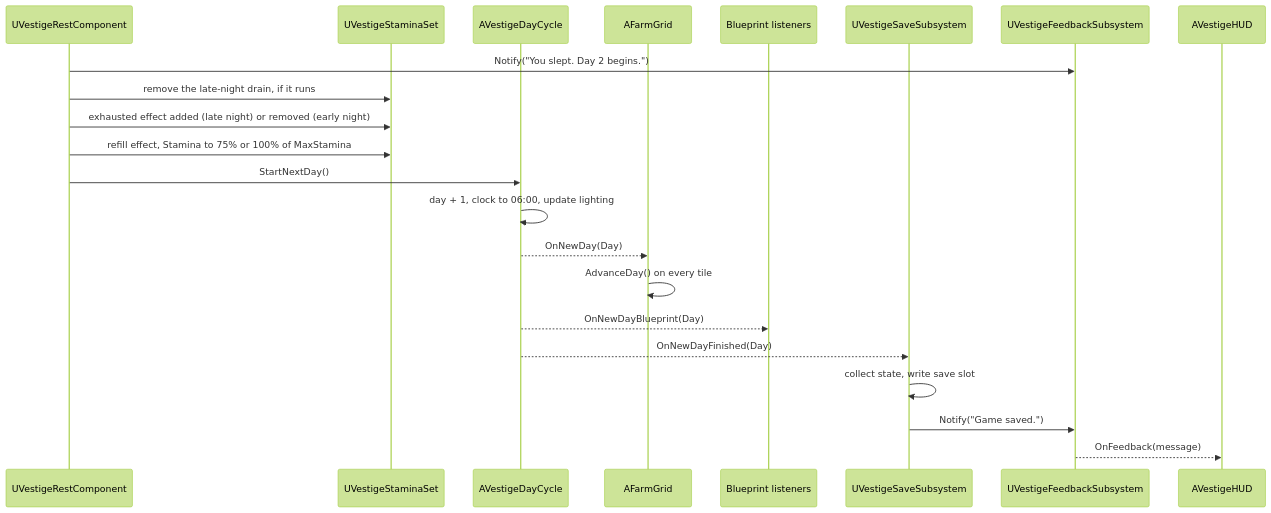
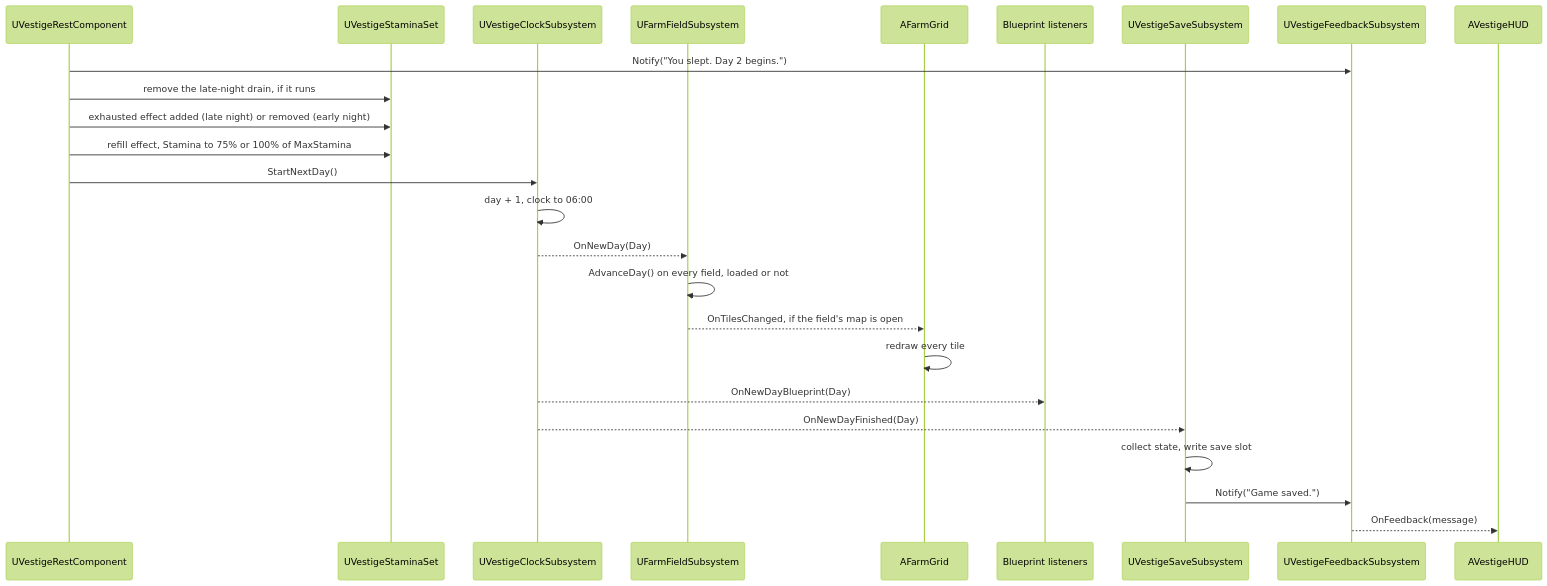
The second of 2 diagrams in Docs/Architecture.md (DunderGG/ProjectVestige), drawn with Mermaid (forest theme) before and after one commit. The commit also changed other lines of this file and 40 other files, not shown here.

````diff
--- a/Docs/Architecture.md
+++ b/Docs/Architecture.md
@@ -485,24 +488,27 @@
 ```mermaid
 sequenceDiagram
     participant Rest as UVestigeRestComponent
     participant Stamina as UVestigeStaminaSet
-    participant DayCycle as AVestigeDayCycle
+    participant Clock as UVestigeClockSubsystem
+    participant Fields as UFarmFieldSubsystem
     participant Grid as AFarmGrid
     participant Blueprints as Blueprint listeners
     participant Save as UVestigeSaveSubsystem
     participant Feedback as UVestigeFeedbackSubsystem
     participant HUD as AVestigeHUD
     Rest->>Feedback: Notify("You slept. Day 2 begins.")
     Rest->>Stamina: remove the late-night drain, if it runs
     Rest->>Stamina: exhausted effect added (late night) or removed (early night)
     Rest->>Stamina: refill effect, Stamina to 75% or 100% of MaxStamina
-    Rest->>DayCycle: StartNextDay()
-    DayCycle->>DayCycle: day + 1, clock to 06:00, update lighting
-    DayCycle-->>Grid: OnNewDay(Day)
-    Grid->>Grid: AdvanceDay() on every tile
-    DayCycle-->>Blueprints: OnNewDayBlueprint(Day)
-    DayCycle-->>Save: OnNewDayFinished(Day)
+    Rest->>Clock: StartNextDay()
+    Clock->>Clock: day + 1, clock to 06:00
+    Clock-->>Fields: OnNewDay(Day)
+    Fields->>Fields: AdvanceDay() on every field, loaded or not
+    Fields-->>Grid: OnTilesChanged, if the field's map is open
+    Grid->>Grid: redraw every tile
+    Clock-->>Blueprints: OnNewDayBlueprint(Day)
+    Clock-->>Save: OnNewDayFinished(Day)
     Save->>Save: collect state, write save slot
     Save->>Feedback: Notify("Game saved.")
     Feedback-->>HUD: OnFeedback(message)
 ```
````
